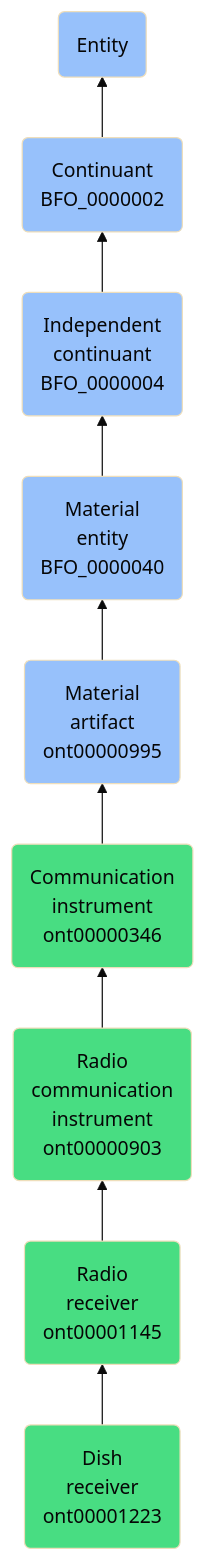
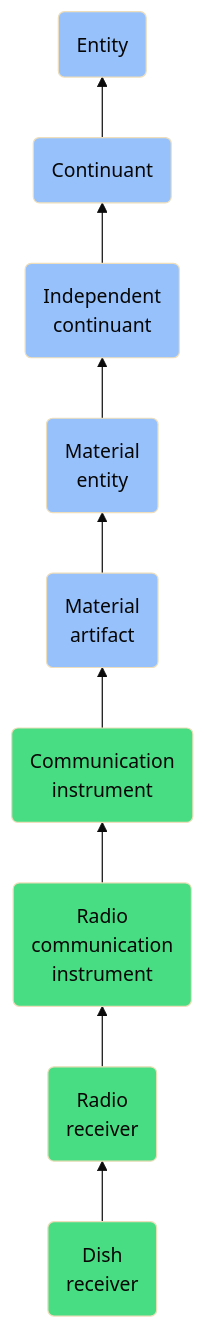
One commit to jupyter-naas/abi changed the diagram in docs/ontology/reference/model/Entity/Continuant/Independent continuant/Material entity/Material artifact/Communication instrument/Radio communication instrument/Radio receiver/Dish receiver/Dish receiver.md. Above: the diagram before and after it, drawn with Mermaid (base theme). The commit also changed other lines of this file and 1430 other files, not shown here.

````diff
--- a/docs/ontology/reference/model/Entity/Continuant/Independent continuant/Material entity/Material artifact/Communication instrument/Radio communication instrument/Radio receiver/Dish receiver/Dish receiver.md
+++ b/docs/ontology/reference/model/Entity/Continuant/Independent continuant/Material entity/Material artifact/Communication instrument/Radio communication instrument/Radio receiver/Dish receiver/Dish receiver.md
@@ -24,16 +24,16 @@
 ```mermaid
 graph BT
-    ont00001223(Dish<br>receiver<br>ont00001223):::ABI-->ont00001145
-    ont00001145(Radio<br>receiver<br>ont00001145):::ABI-->ont00000903
-    ont00000903(Radio<br>communication<br>instrument<br>ont00000903):::ABI-->ont00000346
-    ont00000346(Communication<br>instrument<br>ont00000346):::ABI-->ont00000995
-    ont00000995(Material<br>artifact<br>ont00000995):::BFO-->BFO_0000040
-    BFO_0000040(Material<br>entity<br>BFO_0000040):::BFO-->BFO_0000004
-    BFO_0000004(Independent<br>continuant<br>BFO_0000004):::BFO-->BFO_0000002
-    BFO_0000002(Continuant<br>BFO_0000002):::BFO-->BFO_0000001
+    ont00001223(Dish<br>receiver):::ABI-->ont00001145
+    ont00001145(Radio<br>receiver):::ABI-->ont00000903
+    ont00000903(Radio<br>communication<br>instrument):::ABI-->ont00000346
+    ont00000346(Communication<br>instrument):::ABI-->ont00000995
+    ont00000995(Material<br>artifact):::BFO-->BFO_0000040
+    BFO_0000040(Material<br>entity):::BFO-->BFO_0000004
+    BFO_0000004(Independent<br>continuant):::BFO-->BFO_0000002
+    BFO_0000002(Continuant):::BFO-->BFO_0000001
     BFO_0000001(Entity):::BFO
     
     classDef BFO fill:#97c1fb,color:#060606
     classDef CCO fill:#e4c51e,color:#060606
     classDef ABI fill:#48DD82,color:#060606
 ```
````
